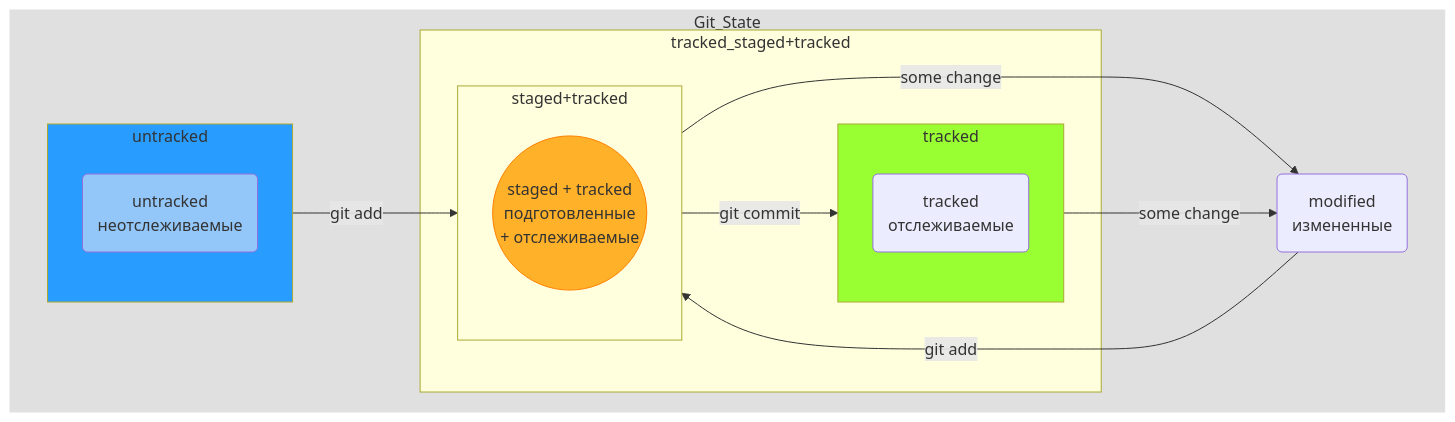
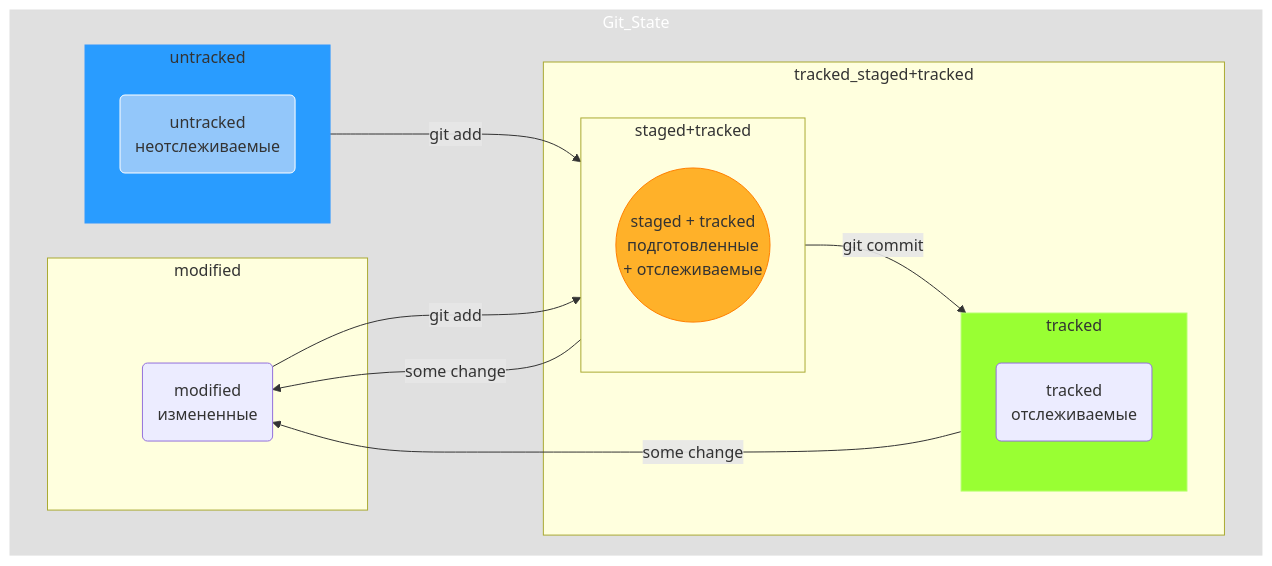
Before and after one commit to AleksandrVakarin/GitInstructionMermaid: the diagram in README.md, drawn with Mermaid.

Commit message:
Изменить границу, изменить цвет границ для диаграммы

````diff
--- a/README.md
+++ b/README.md
@@ -93,40 +93,45 @@
 ```mermaid
 flowchart TD;
 	
 	stgd((staged + tracked<br>подготовленные<br> + отслеживаемые))
 	mdf(modified<br>измененные)
 	untr(untracked<br>неотслеживаемые)
 	trcd(tracked<br>отслеживаемые)
 
 
 	subgraph Git_State
 
 		subgraph untracked
 			untr
 		end
 
 		subgraph tracked_staged+tracked
 
 			subgraph tracked
 				trcd
 			end
 
 			subgraph staged+tracked
 				stgd
 			end
 
 		end
 
 		untracked-- git add -->staged+tracked
 		mdf-- git add -->staged+tracked
 		staged+tracked-- some change -->mdf
 		staged+tracked-- git commit -->tracked
 		tracked-- some change -->mdf
+
+		subgraph modified
+			mdf
+		end
+
 	end
 
-	style Git_State fill: #E0E0E0, stroke: #E0E0E0
+	style Git_State fill: #E0E0E0, stroke: #E0E0E0, color: #FFFFFF
 	style stgd fill: #FFB129, stroke: #FF8000
-	style untr fill: #93C7FA
-	style untracked fill: #299CFF
-	style tracked fill: #99FF33
+	style untr fill: #93C7FA, stroke: #FFFFFF
+	style untracked fill: #299CFF, stroke: #3399FF
+	style tracked fill: #99FF33, stroke: #B2FF66
 ```
````
